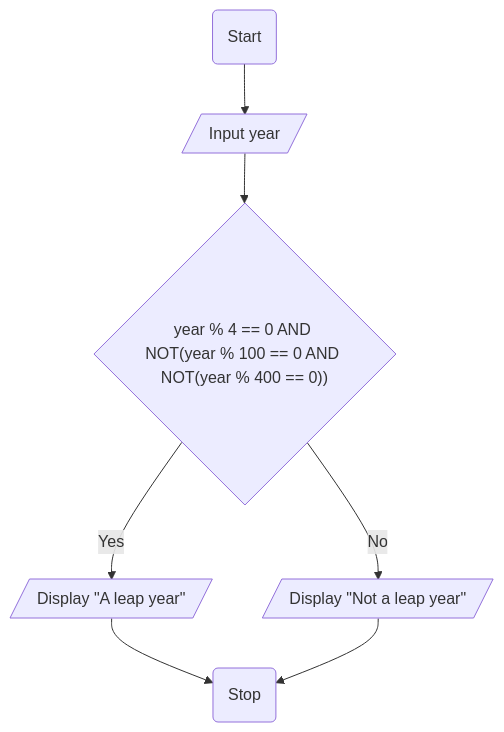
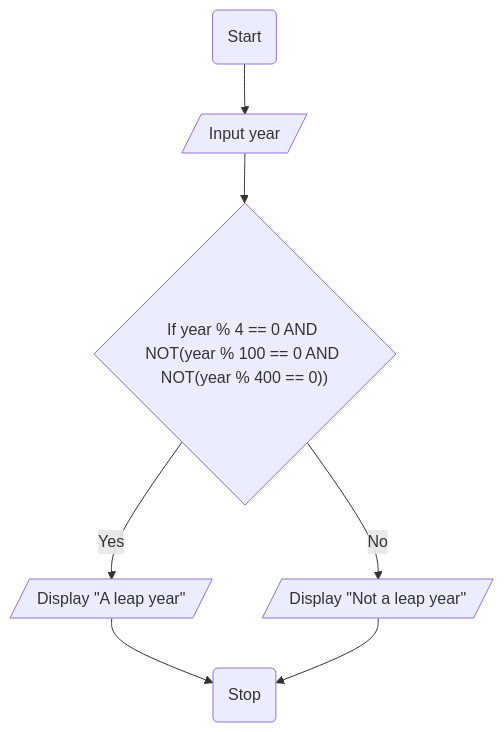
One commit to jayani-athukorala/java-fundamentals-exercise changed the second of 7 diagrams in README.md. Above: the diagram before and after it, drawn with Mermaid. The commit also changed other lines of this file, not shown here.

Commit message:
flowchaarts for Q7

````diff
--- a/README.md
+++ b/README.md
@@ -75,9 +73,9 @@
 ```mermaid
 flowchart TD
     A(Start) --> B[/Input year/]
-    B --> C{"year % 4 == 0 AND NOT(year % 100 == 0 AND NOT(year % 400 == 0))"}
+    B --> C{"If year % 4 == 0 AND NOT(year % 100 == 0 AND NOT(year % 400 == 0))"}
     C -- Yes --> D[/Display "A leap year"/]
     C -- No --> E[/Display "Not a leap year"/]
     D --> F(Stop)
     E --> F
 ```
````
